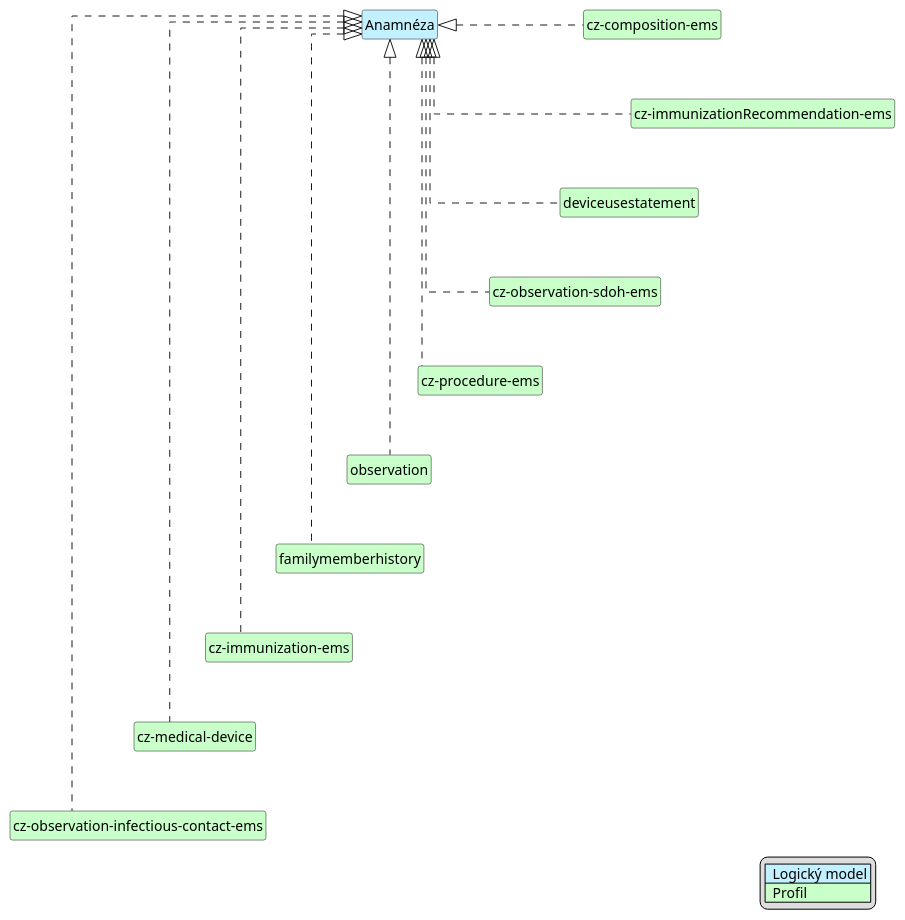
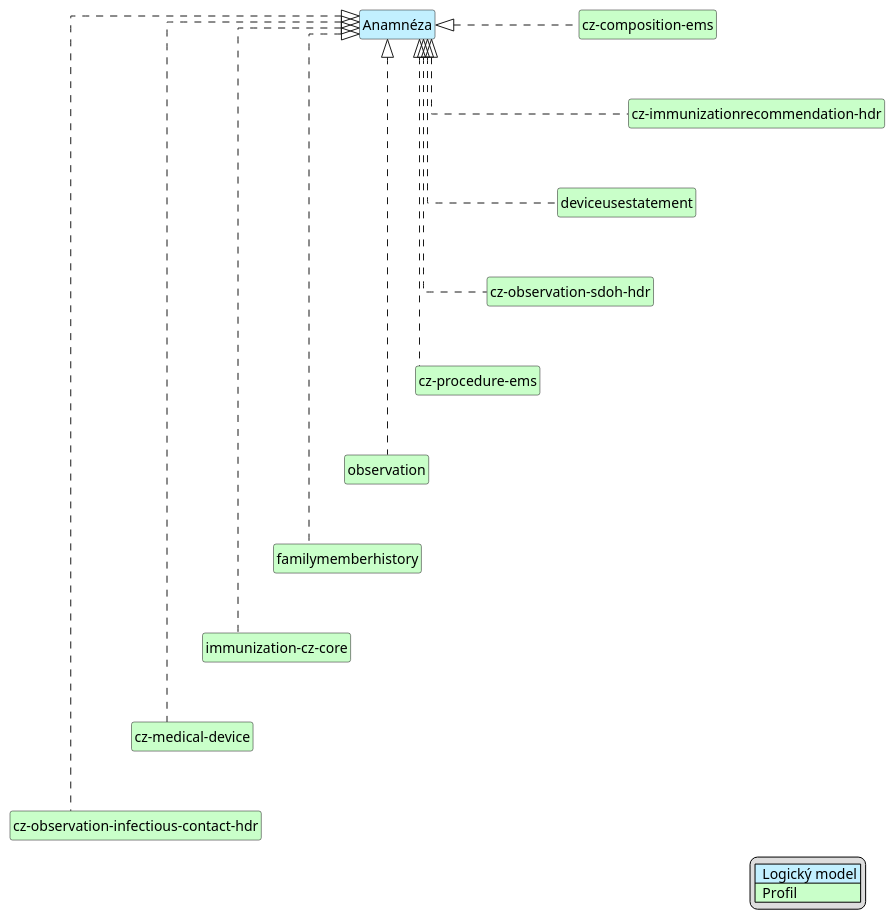
One commit to HL7-cz/cz-ems changed the diagram in input/images-source/emsPatientHistory-map-cs.plantuml. Above: the diagram before and after it, drawn with PlantUML. The commit also changed 23 other files, not shown here.

Commit message:
Linking profiles to the new cz-core and hdr variants – removing profiles that are part of dependencies and have no added value

```diff
--- a/input/images-source/emsPatientHistory-map-cs.plantuml
+++ b/input/images-source/emsPatientHistory-map-cs.plantuml
@@ -1,50 +1,50 @@
 @startuml
 hide circle
 hide stereotype
 hide members
 hide methods
 skinparam linetype ortho
 skinparam class {
 BackgroundColor<<LogicalModel>> #APPLICATION
 BackgroundColor<<Profile>> #TECHNOLOGY
 }
 legend right
 | <#APPLICATION>  Logický model |
 | <#TECHNOLOGY>  Profil |
 endlegend
 
 class "Anamnéza" <<LogicalModel>> [[StructureDefinition-LogPatientHistoryCz.html]]
 
 class "cz-composition-ems" <<Profile>> [[StructureDefinition-cz-composition-ems.html]]
-class "cz-immunizationRecommendation-ems" <<Profile>> [[StructureDefinition-cz-immunizationRecommendation-ems.html]]
+class "cz-immunizationrecommendation-hdr" <<Profile>> [[https://build.fhir.org/ig/HL7-cz/hdr/StructureDefinition-cz-immunizationrecommendation-hdr.html]]
 class "cz-medical-device" <<Profile>> [[https://build.fhir.org/ig/HL7-cz/cz-core/StructureDefinition-cz-medical-device.html]]
 class "deviceusestatement" <<Profile>> [[https://hl7.org/fhir/R4/deviceusestatement.html]]
-class "cz-immunization-ems" <<Profile>> [[StructureDefinition-cz-immunization-ems.html]]
-class "cz-observation-sdoh-ems" <<Profile>> [[StructureDefinition-cz-observation-sdoh-ems.html]]
+class "immunization-cz-core" <<Profile>> [[https://build.fhir.org/ig/HL7-cz/cz-core/StructureDefinition-immunization-cz-core.html]]
+class "cz-observation-sdoh-hdr" <<Profile>> [[https://build.fhir.org/ig/HL7-cz/hdr/StructureDefinition-cz-observation-sdoh-hdr.html]]
 class "cz-procedure-ems" <<Profile>> [[StructureDefinition-cz-procedure-ems.html]]
 class "observation" <<Profile>> [[https://hl7.org/fhir/R4/observation.html]]
 class "familymemberhistory" <<Profile>> [[https://hl7.org/fhir/R4/familymemberhistory.html]]
-class "cz-observation-infectious-contact-ems" <<Profile>> [[StructureDefinition-cz-observation-infectious-contact-ems.html]]
+class "cz-observation-infectious-contact-hdr" <<Profile>> [[https://build.fhir.org/ig/HL7-cz/hdr/StructureDefinition-cz-observation-infectious-contact-hdr.html]]
 
 "Anamnéza" <|. "cz-composition-ems"
-"Anamnéza" <|. "cz-immunizationRecommendation-ems"
+"Anamnéza" <|. "cz-immunizationrecommendation-hdr"
 "Anamnéza" <|. "deviceusestatement"
-"Anamnéza" <|. "cz-immunization-ems"
-"Anamnéza" <|. "cz-observation-sdoh-ems"
+"Anamnéza" <|. "immunization-cz-core"
+"Anamnéza" <|. "cz-observation-sdoh-hdr"
 "Anamnéza" <|. "cz-procedure-ems"
 "Anamnéza" <|. "observation"
 "Anamnéza" <|. "familymemberhistory"
 "Anamnéza" <|. "cz-medical-device"
-"Anamnéza" <|. "cz-observation-infectious-contact-ems"
+"Anamnéza" <|. "cz-observation-infectious-contact-hdr"
 
-"cz-composition-ems" -d[hidden]-> "cz-immunizationRecommendation-ems"
-"cz-immunizationRecommendation-ems" -d[hidden]-> "deviceusestatement"
-"deviceusestatement" -d[hidden]-> "cz-observation-sdoh-ems"
-"cz-observation-sdoh-ems" -d[hidden]-> "cz-procedure-ems"
+"cz-composition-ems" -d[hidden]-> "cz-immunizationrecommendation-hdr"
+"cz-immunizationrecommendation-hdr" -d[hidden]-> "deviceusestatement"
+"deviceusestatement" -d[hidden]-> "cz-observation-sdoh-hdr"
+"cz-observation-sdoh-hdr" -d[hidden]-> "cz-procedure-ems"
 "cz-procedure-ems" -d[hidden]-> "observation"
 "observation" -d[hidden]-> "familymemberhistory"
-"familymemberhistory" -d[hidden]-> "cz-immunization-ems"
-"cz-immunization-ems" -d[hidden]-> "cz-medical-device"
-"cz-medical-device" -d[hidden]-> "cz-observation-infectious-contact-ems"
+"familymemberhistory" -d[hidden]-> "immunization-cz-core"
+"immunization-cz-core" -d[hidden]-> "cz-medical-device"
+"cz-medical-device" -d[hidden]-> "cz-observation-infectious-contact-hdr"
 
 @enduml
```
